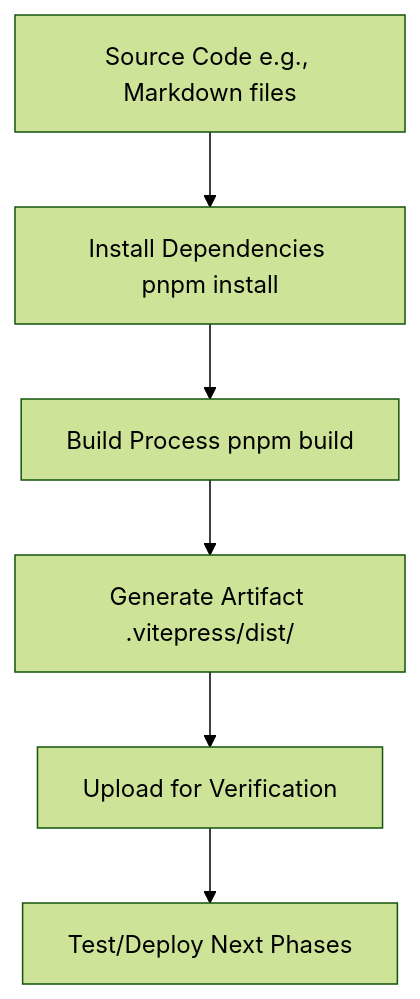
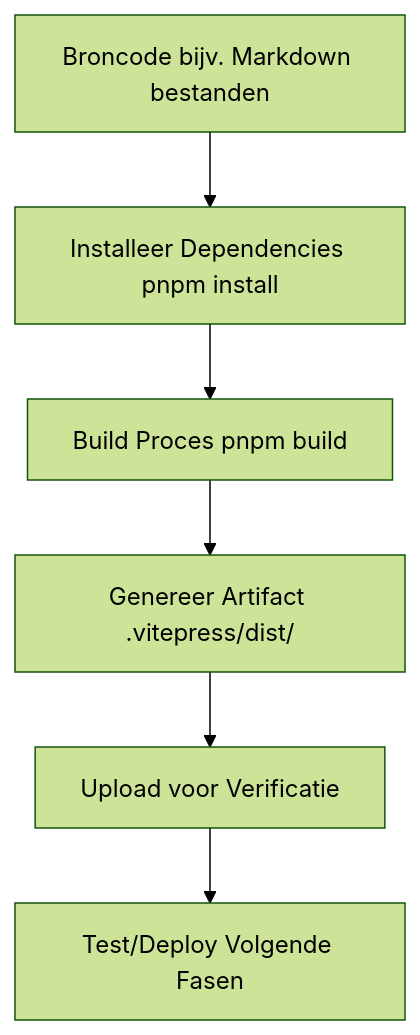
One commit to JonasCruzMartinez/devops-workshop-vitepress changed the diagram in docs/phases/02-build.md. Above: the diagram before and after it, drawn with Mermaid (forest theme). The commit also changed other lines of this file and 25 other files, not shown here.

````diff
--- a/docs/phases/02-build.md
+++ b/docs/phases/02-build.md
@@ -32,8 +32,8 @@
 ```mermaid
 graph TD
-  A[Source Code e.g., Markdown files] --> B[Install Dependencies pnpm install]
-  B --> C[Build Process pnpm build]
-  C --> D[Generate Artifact .vitepress/dist/]
-  D --> E[Upload for Verification]
-  E --> F[Test/Deploy Next Phases]
+  A[Broncode bijv. Markdown bestanden] --> B[Installeer Dependencies pnpm install]
+  B --> C[Build Proces pnpm build]
+  C --> D[Genereer Artifact .vitepress/dist/]
+  D --> E[Upload voor Verificatie]
+  E --> F[Test/Deploy Volgende Fasen]
 ```
````
